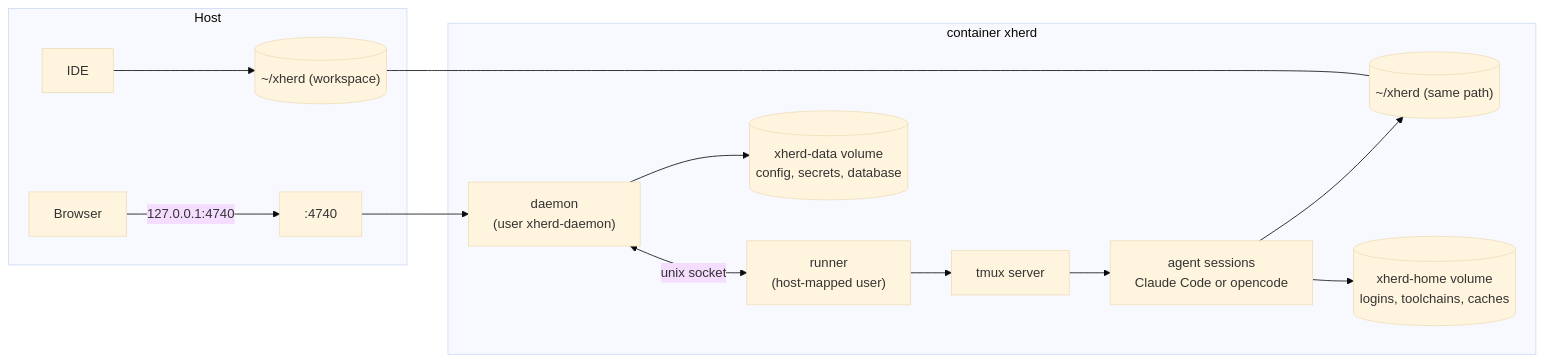
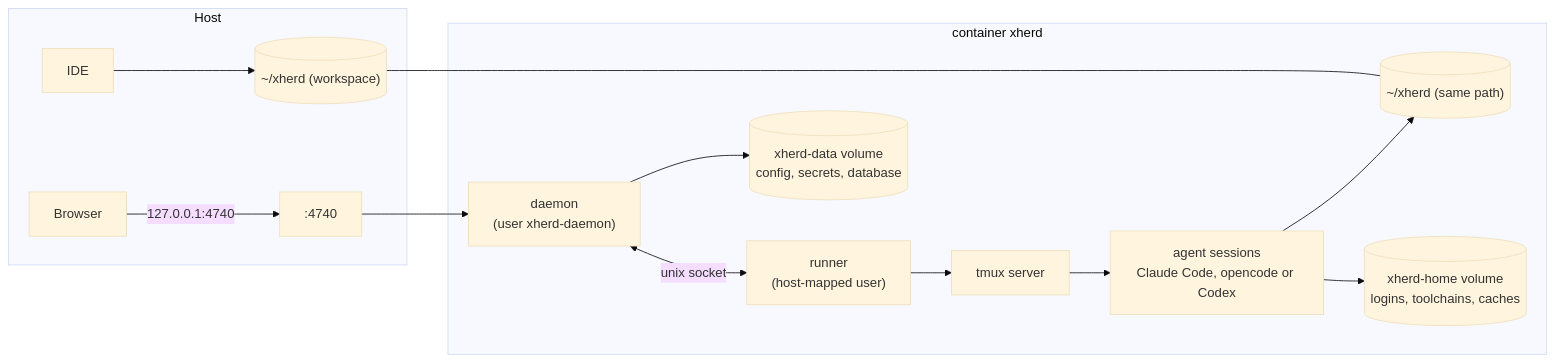
The diagram in doc/docker.md (xionjames/xherd), drawn with Mermaid (base theme) before and after one commit. The commit also changed other lines of this file and 36 other files, not shown here.

````diff
--- a/doc/docker.md
+++ b/doc/docker.md
@@ -7,22 +7,22 @@
 ```mermaid
 flowchart LR
     subgraph Host
         Br[Browser] -->|127.0.0.1:4740| Port
         IDE[IDE]
         WS[("~/xherd (workspace)")]
     end
     subgraph Container["container xherd"]
         Port[":4740"] --> D["daemon<br/>(user xherd-daemon)"]
         D <-->|unix socket| R["runner<br/>(host-mapped user)"]
         R --> TM[tmux server]
-        TM --> AG[agent sessions<br/>Claude Code or opencode]
+        TM --> AG[agent sessions<br/>Claude Code, opencode or Codex]
         WS2[("~/xherd (same path)")]
         H[(xherd-home volume<br/>logins, toolchains, caches)]
         DD[(xherd-data volume<br/>config, secrets, database)]
     end
     IDE --> WS
     WS --- WS2
     AG --> WS2
     AG --> H
     D --> DD
 ```
````
